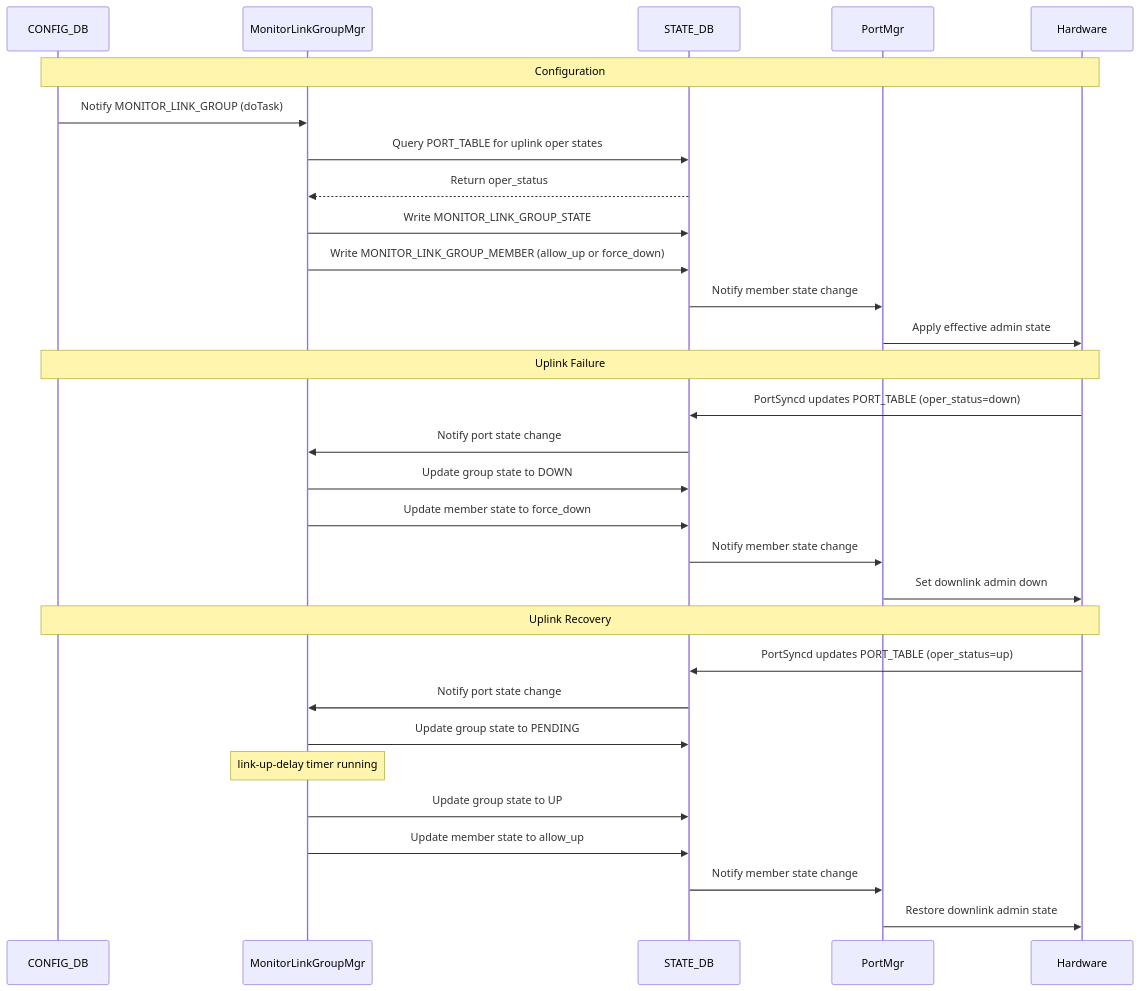
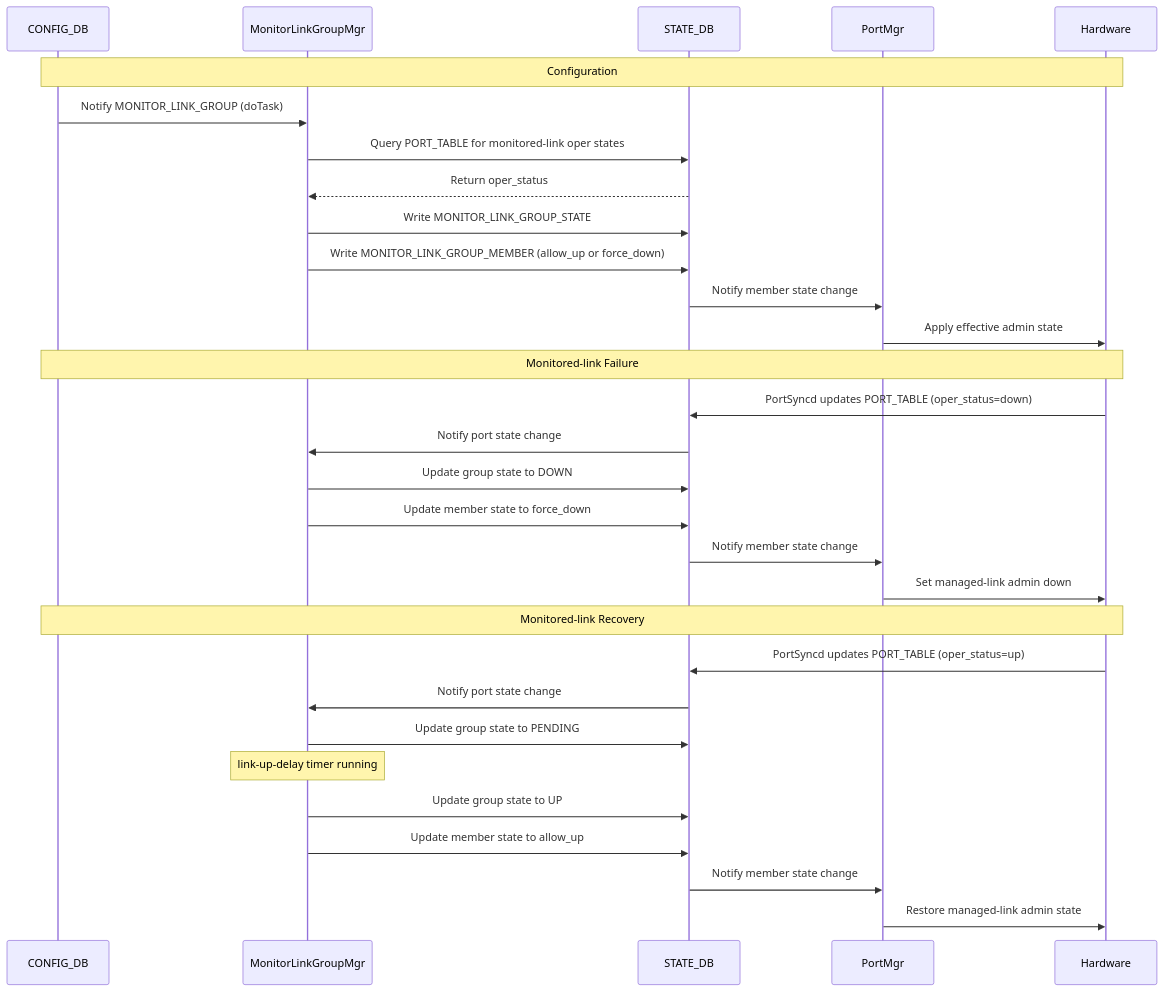
One commit to sonic-net/SONiC changed the fourth of 4 diagrams in doc/monitor_link/monitor-link_HLD.md. Above: the diagram before and after it, drawn with Mermaid. The commit also changed other lines of this file, not shown here.

First line of the commit message:
[doc] Update Monitor Link Group HLD for terminology, transition tracking, cycle detection, and show CLI

````diff
--- a/doc/monitor_link/monitor-link_HLD.md
+++ b/doc/monitor_link/monitor-link_HLD.md
@@ -337,35 +352,35 @@
 ```mermaid
 sequenceDiagram
     participant CONFIG_DB
     participant MonitorLinkGroupMgr
     participant STATE_DB
     participant PortMgr
     participant Hardware
 
     Note over CONFIG_DB,Hardware: Configuration
     CONFIG_DB->>MonitorLinkGroupMgr: Notify MONITOR_LINK_GROUP (doTask)
-    MonitorLinkGroupMgr->>STATE_DB: Query PORT_TABLE for uplink oper states
+    MonitorLinkGroupMgr->>STATE_DB: Query PORT_TABLE for monitored-link oper states
     STATE_DB-->>MonitorLinkGroupMgr: Return oper_status
     MonitorLinkGroupMgr->>STATE_DB: Write MONITOR_LINK_GROUP_STATE
     MonitorLinkGroupMgr->>STATE_DB: Write MONITOR_LINK_GROUP_MEMBER (allow_up or force_down)
     STATE_DB->>PortMgr: Notify member state change
     PortMgr->>Hardware: Apply effective admin state
 
-    Note over CONFIG_DB,Hardware: Uplink Failure
+    Note over CONFIG_DB,Hardware: Monitored-link Failure
     Hardware->>STATE_DB: PortSyncd updates PORT_TABLE (oper_status=down)
     STATE_DB->>MonitorLinkGroupMgr: Notify port state change
     MonitorLinkGroupMgr->>STATE_DB: Update group state to DOWN
     MonitorLinkGroupMgr->>STATE_DB: Update member state to force_down
     STATE_DB->>PortMgr: Notify member state change
-    PortMgr->>Hardware: Set downlink admin down
+    PortMgr->>Hardware: Set managed-link admin down
 
-    Note over CONFIG_DB,Hardware: Uplink Recovery
+    Note over CONFIG_DB,Hardware: Monitored-link Recovery
     Hardware->>STATE_DB: PortSyncd updates PORT_TABLE (oper_status=up)
     STATE_DB->>MonitorLinkGroupMgr: Notify port state change
     MonitorLinkGroupMgr->>STATE_DB: Update group state to PENDING
     Note over MonitorLinkGroupMgr: link-up-delay timer running
     MonitorLinkGroupMgr->>STATE_DB: Update group state to UP
     MonitorLinkGroupMgr->>STATE_DB: Update member state to allow_up
     STATE_DB->>PortMgr: Notify member state change
-    PortMgr->>Hardware: Restore downlink admin state
+    PortMgr->>Hardware: Restore managed-link admin state
 ```
````
